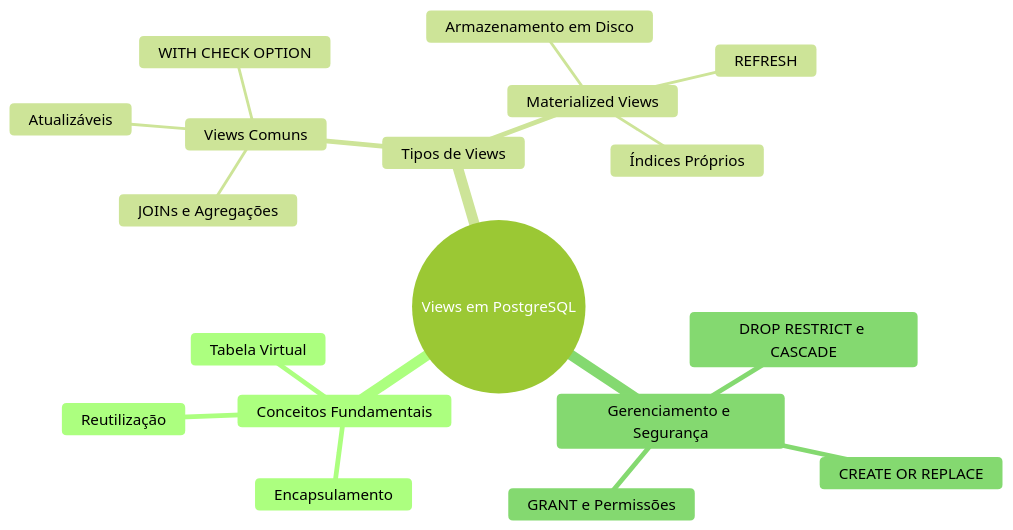
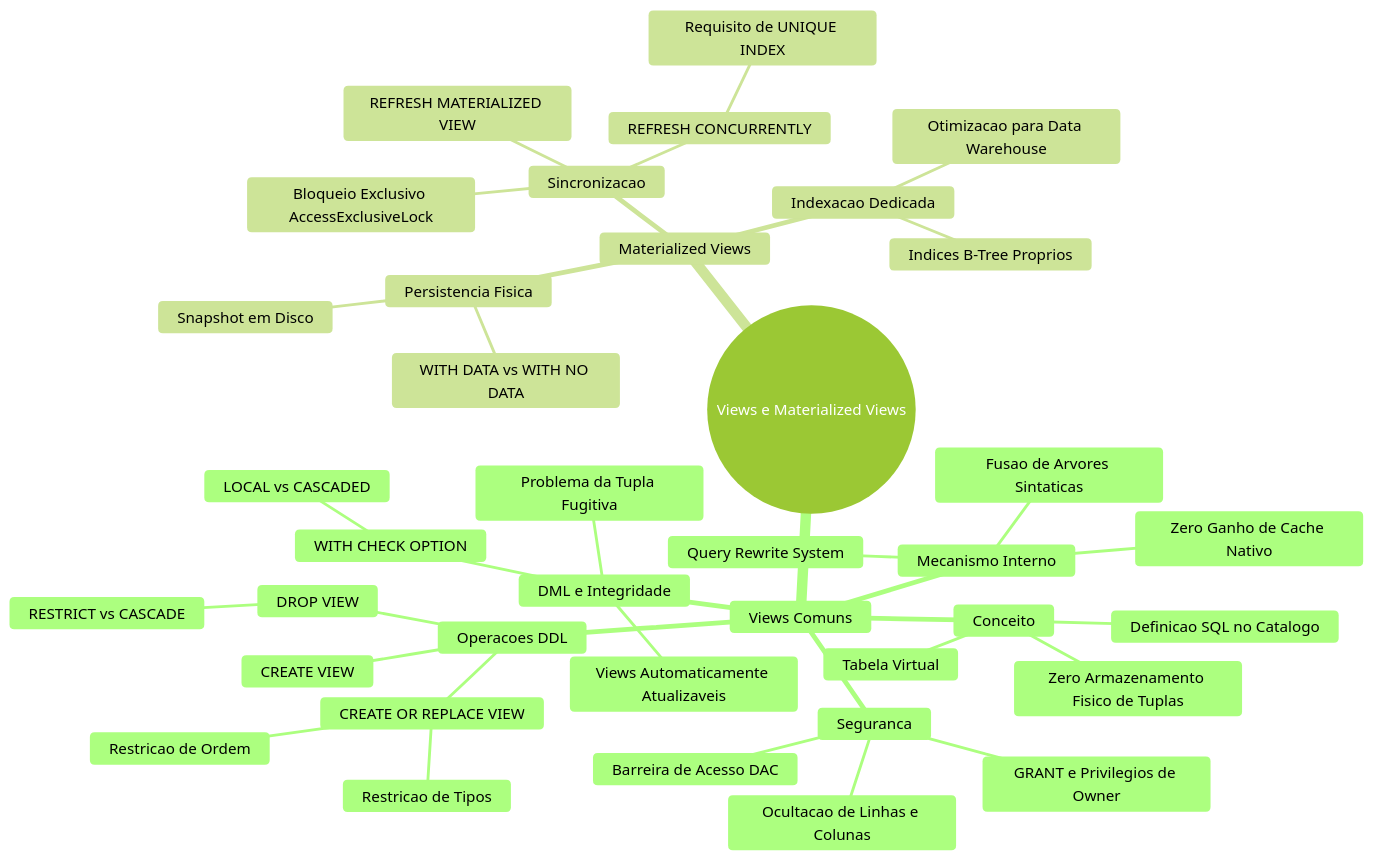
The ninth of 9 diagrams in 4º Semestre/[Prof. Welington Garcia] Tópicos Avançados em Banco de Dados/Aulas/Aula 02 - Views e Materialized Views em PostgreSQL/detalhes.md (murilolol/unifef), drawn with Mermaid (forest theme) before and after one commit. The commit also changed other lines of this file and 429 other files, not shown here.

````diff
--- a/4º Semestre/[Prof. Welington Garcia] Tópicos Avançados em Banco de Dados/Aulas/Aula 02 - Views e Materialized Views em PostgreSQL/detalhes.md
+++ b/4º Semestre/[Prof. Welington Garcia] Tópicos Avançados em Banco de Dados/Aulas/Aula 02 - Views e Materialized Views em PostgreSQL/detalhes.md
@@ -431,21 +1524,41 @@
 ```mermaid
 mindmap
-  root((Views em PostgreSQL))
-    Conceitos Fundamentais
-      Tabela Virtual
-      Encapsulamento
-      Reutilização
-    Tipos de Views
-      Views Comuns
-        JOINs e Agregações
-        Atualizáveis
+  root((Views e Materialized Views))
+    Views Comuns
+      Conceito
+        Tabela Virtual
+        Definicao SQL no Catalogo
+        Zero Armazenamento Fisico de Tuplas
+      Mecanismo Interno
+        Query Rewrite System
+        Fusao de Arvores Sintaticas
+        Zero Ganho de Cache Nativo
+      Operacoes DDL
+        CREATE VIEW
+        CREATE OR REPLACE VIEW
+          Restricao de Ordem
+          Restricao de Tipos
+        DROP VIEW
+          RESTRICT vs CASCADE
+      DML e Integridade
+        Views Automaticamente Atualizaveis
+        Problema da Tupla Fugitiva
         WITH CHECK OPTION
-      Materialized Views
-        Armazenamento em Disco
-        REFRESH
-        Índices Próprios
-    Gerenciamento e Segurança
-      CREATE OR REPLACE
-      DROP RESTRICT e CASCADE
-      GRANT e Permissões
+          LOCAL vs CASCADED
+      Seguranca
+        Barreira de Acesso DAC
+        Ocultacao de Linhas e Colunas
+        GRANT e Privilegios de Owner
+    Materialized Views
+      Persistencia Fisica
+        Snapshot em Disco
+        WITH DATA vs WITH NO DATA
+      Sincronizacao
+        REFRESH MATERIALIZED VIEW
+        Bloqueio Exclusivo AccessExclusiveLock
+        REFRESH CONCURRENTLY
+          Requisito de UNIQUE INDEX
+      Indexacao Dedicada
+        Indices B-Tree Proprios
+        Otimizacao para Data Warehouse
 ```
````
